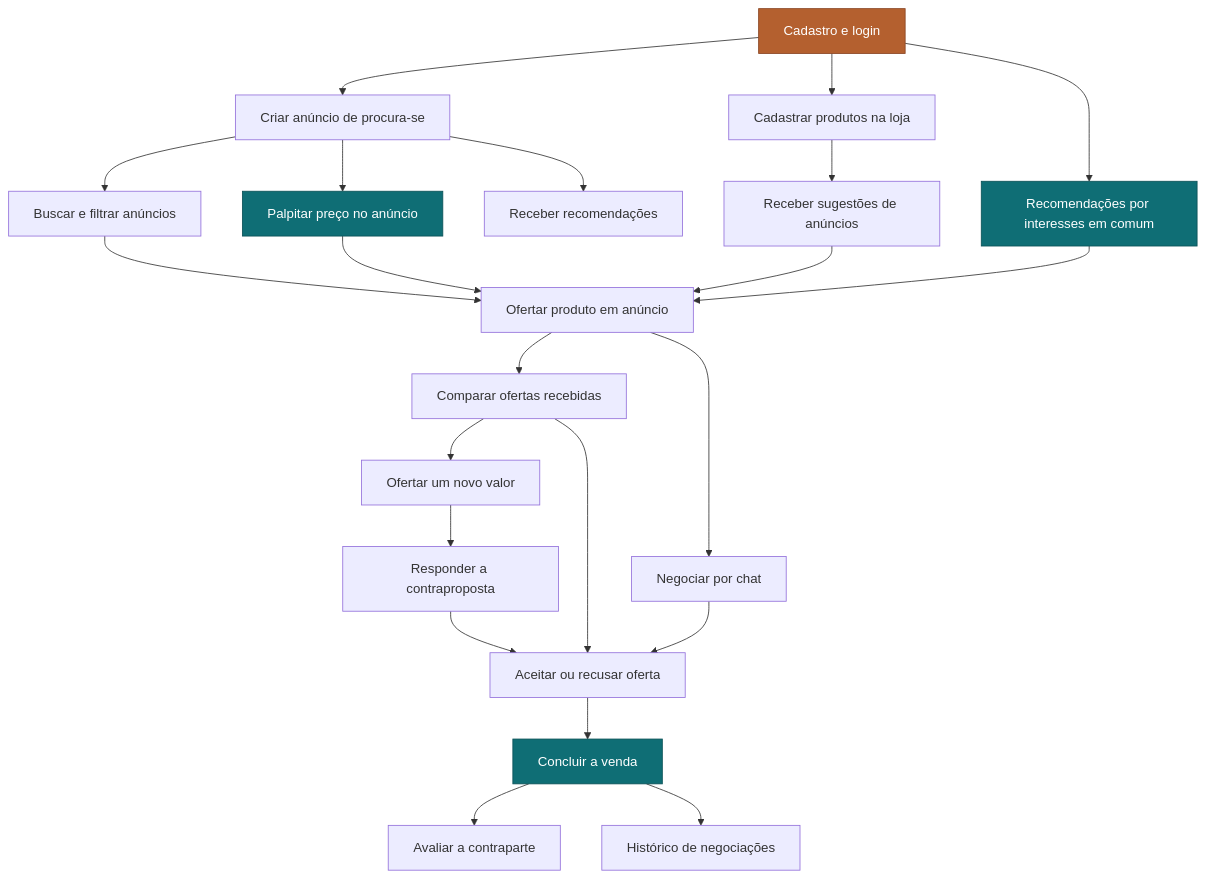
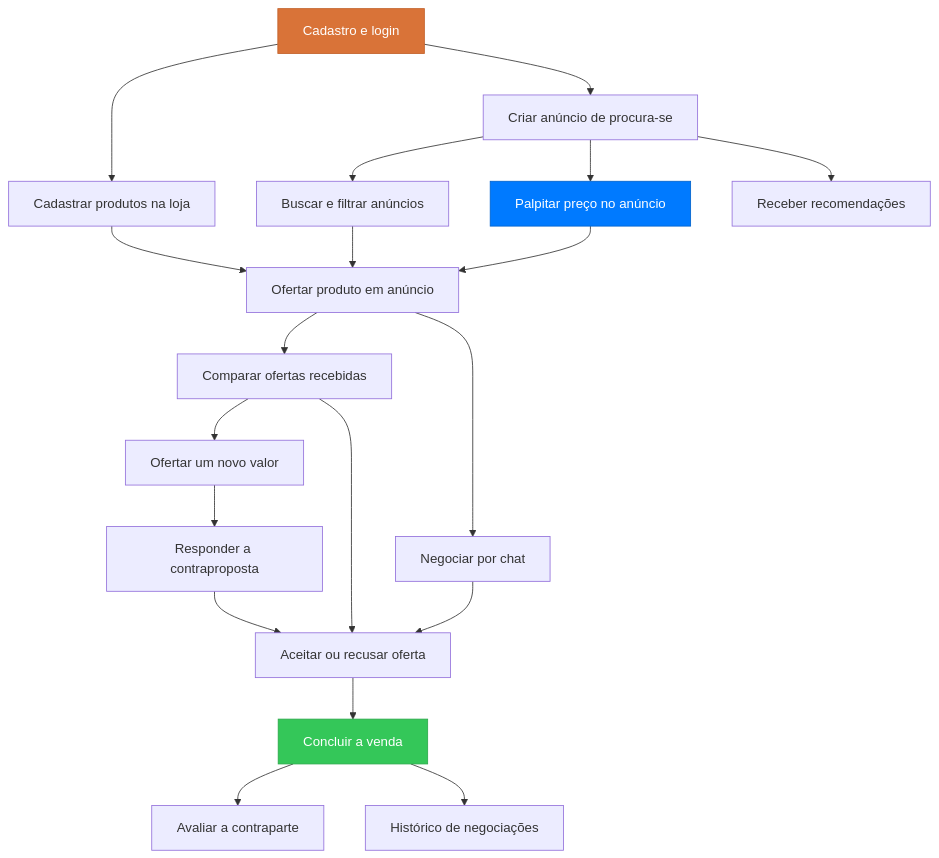
One commit to felipegf1/docs-grupo3-tppe changed the diagram in docs/historias-de-usuario/index.md. Above: the diagram before and after it, drawn with Mermaid. The commit also changed other lines of this file and 9 other files, not shown here.

````diff
--- a/docs/historias-de-usuario/index.md
+++ b/docs/historias-de-usuario/index.md
@@ -61,29 +58,25 @@
 ```mermaid
 flowchart TD
     A["Cadastro e login"] --> B["Criar anúncio de procura-se"]
     A --> C["Cadastrar produtos na loja"]
     B --> D["Buscar e filtrar anúncios"]
-    C --> E["Receber sugestões de anúncios"]
-    A --> R["Recomendações por interesses em comum"]
     B --> P["Palpitar preço no anúncio"]
-    D --> F["Ofertar produto em anúncio"]
-    E --> F
-    R --> F
+    C --> F["Ofertar produto em anúncio"]
+    D --> F
     P --> F
     B --> G["Receber recomendações"]
     F --> H["Comparar ofertas recebidas"]
     H --> I["Ofertar um novo valor"]
     I --> J["Responder a contraproposta"]
     J --> K["Aceitar ou recusar oferta"]
     H --> K
     F --> L["Negociar por chat"]
     L --> K
     K --> M["Concluir a venda"]
     M --> N["Avaliar a contraparte"]
     M --> O["Histórico de negociações"]
 
-    style A fill:#b4602f,stroke:#8a4522,color:#fff
-    style P fill:#0f6e75,stroke:#0b5157,color:#fff
-    style R fill:#0f6e75,stroke:#0b5157,color:#fff
-    style M fill:#0f6e75,stroke:#0b5157,color:#fff
+    style A fill:#D97338,stroke:#C25F27,color:#fff
+    style P fill:#007AFF,stroke:#0062CC,color:#fff
+    style M fill:#34C759,stroke:#2BA84A,color:#fff
 ```
````
